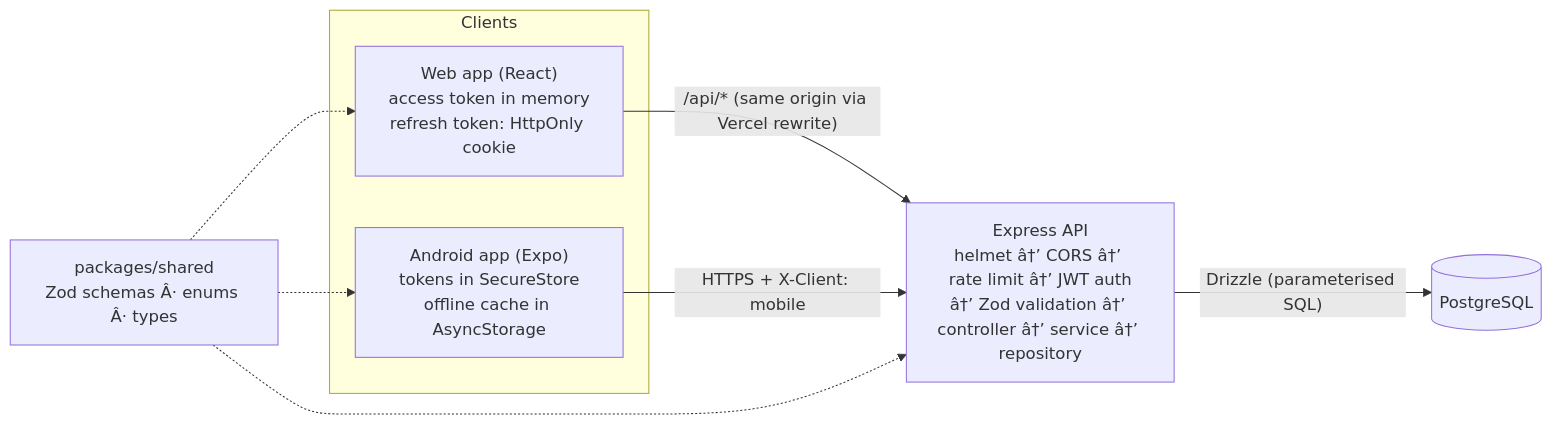
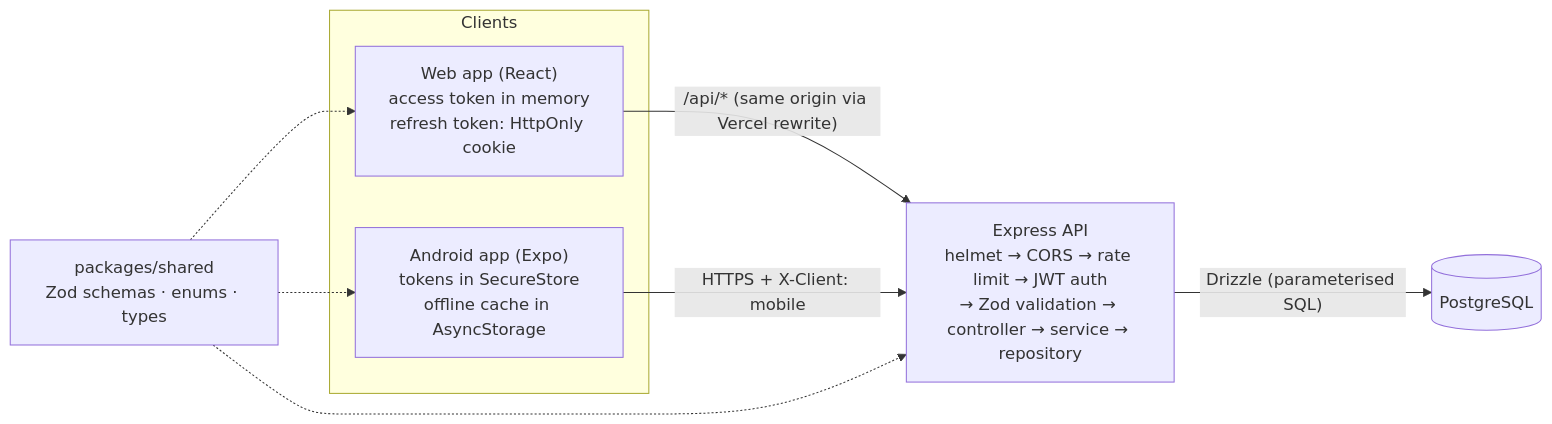
Before and after one commit to Krishna-20-Git/Kriya: the diagram in README.md, drawn with Mermaid. The commit also changed other lines of this file, not shown here.

````diff
--- a/README.md
+++ b/README.md
@@ -111,12 +111,12 @@
 ```mermaid
 flowchart LR
   subgraph Clients
     W["Web app (React)<br/>access token in memory<br/>refresh token: HttpOnly cookie"]
     M["Android app (Expo)<br/>tokens in SecureStore<br/>offline cache in AsyncStorage"]
   end
   W -- "/api/* (same origin via Vercel rewrite)" --> A
   M -- "HTTPS + X-Client: mobile" --> A
-  A["Express API<br/>helmet â†’ CORS â†’ rate limit â†’ JWT auth<br/>â†’ Zod validation â†’ controller â†’ service â†’ repository"]
+  A["Express API<br/>helmet → CORS → rate limit → JWT auth<br/>→ Zod validation → controller → service → repository"]
   A -- "Drizzle (parameterised SQL)" --> D[("PostgreSQL")]
-  S["packages/shared<br/>Zod schemas Â· enums Â· types"] -.-> W & M & A
+  S["packages/shared<br/>Zod schemas · enums · types"] -.-> W & M & A
 ```
````
